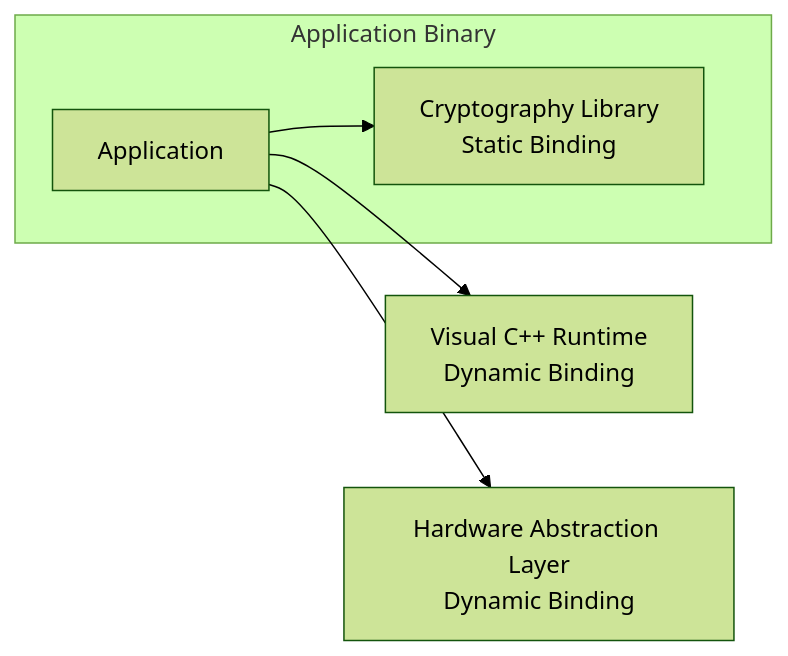
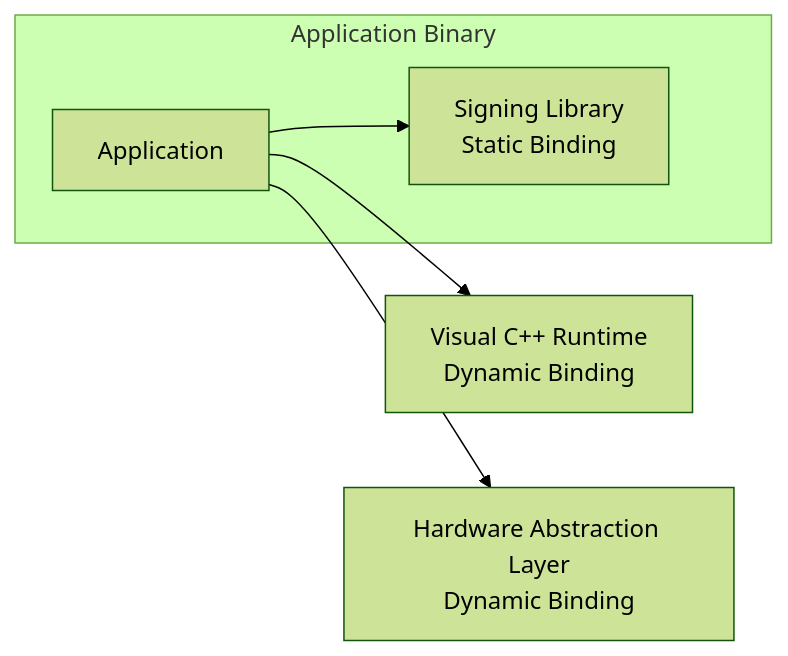
Before and after one commit to FidelityFramework/clef-lang-site: the second of 2 diagrams in hugo/content/docs/design/interop/library-binding.md, drawn with Mermaid (forest theme). The commit also changed other lines of this file and 9 other files, not shown here.

````diff
--- a/hugo/content/docs/design/interop/library-binding.md
+++ b/hugo/content/docs/design/interop/library-binding.md
@@ -292,12 +292,12 @@
 ```mermaid
 flowchart LR
     App["Application"]
     App --> VCRT["Visual C++ Runtime<br>Dynamic Binding"]
     App --> HAL["Hardware Abstraction Layer<br>Dynamic Binding"]
-    App --> Crypto["Cryptography Library<br>Static Binding"]
+    App --> Signing["Signing Library<br>Static Binding"]
 
     subgraph "Application Binary"
         App
-        Crypto
+        Signing
     end
 ```
````
